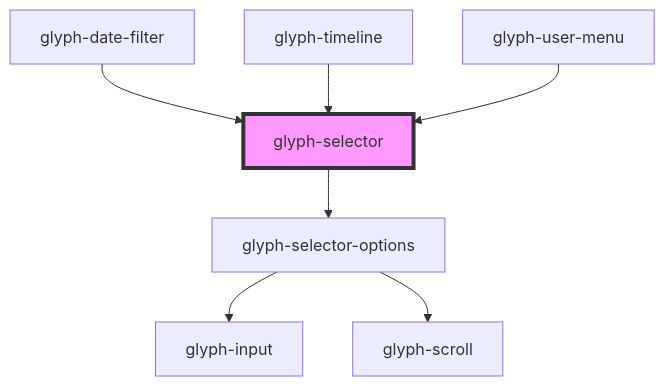
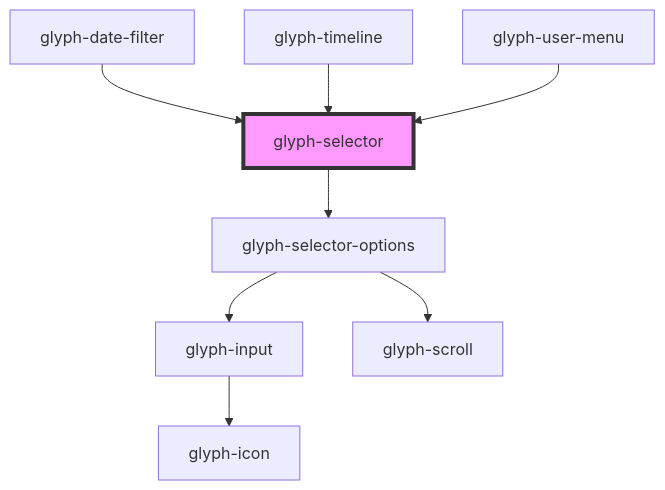
One commit to adrianiy/synth-ui changed the diagram in packages/glyph-components/src/components/selector/readme.md. Above: the diagram before and after it, drawn with Mermaid. The commit also changed 37 other files, not shown here.

````diff
--- a/packages/glyph-components/src/components/selector/readme.md
+++ b/packages/glyph-components/src/components/selector/readme.md
@@ -42,10 +42,11 @@
 ```mermaid
 graph TD;
   glyph-selector --> glyph-selector-options
   glyph-selector-options --> glyph-input
   glyph-selector-options --> glyph-scroll
+  glyph-input --> glyph-icon
   glyph-date-filter --> glyph-selector
   glyph-timeline --> glyph-selector
   glyph-user-menu --> glyph-selector
   style glyph-selector fill:#f9f,stroke:#333,stroke-width:4px
 ```
````
